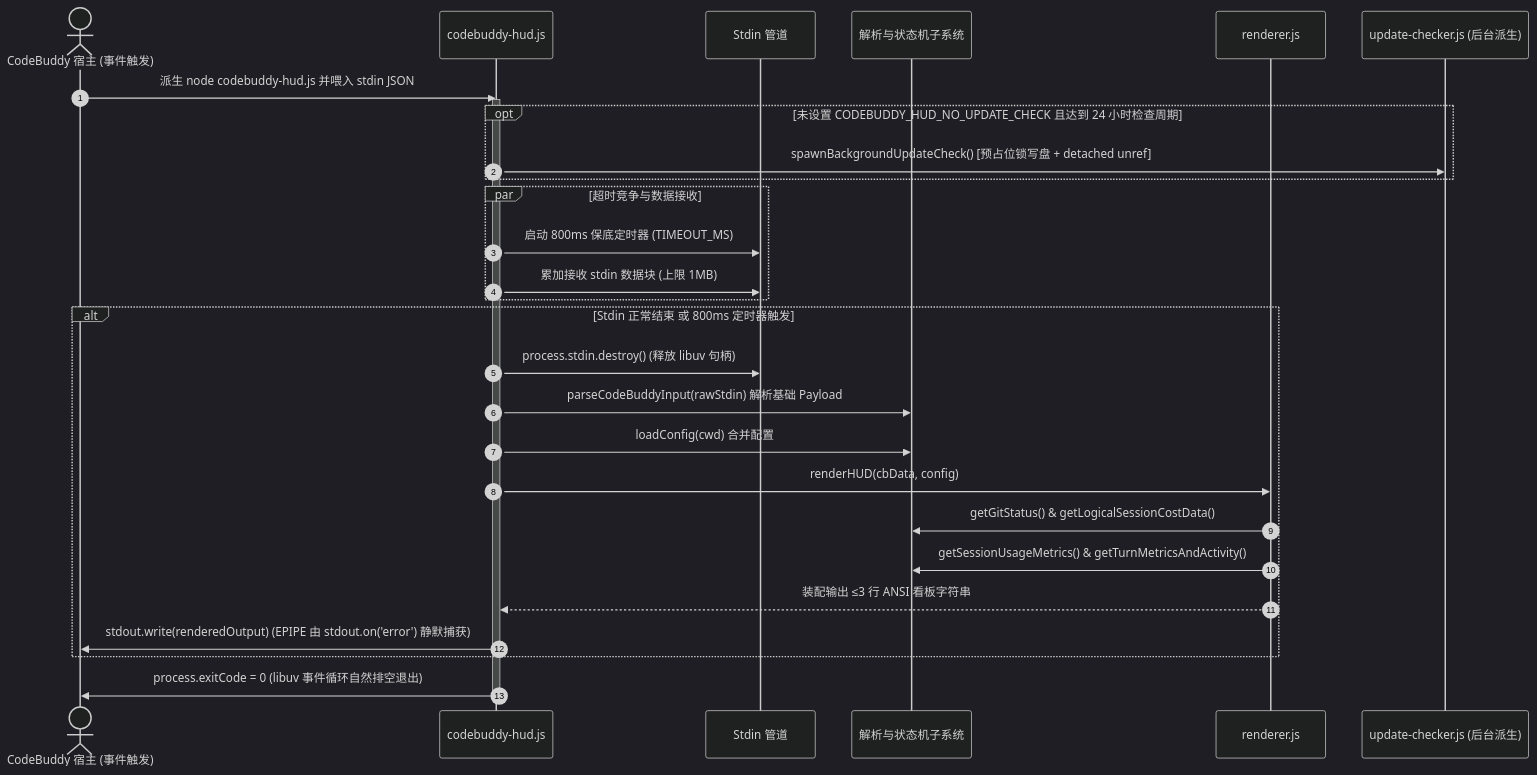
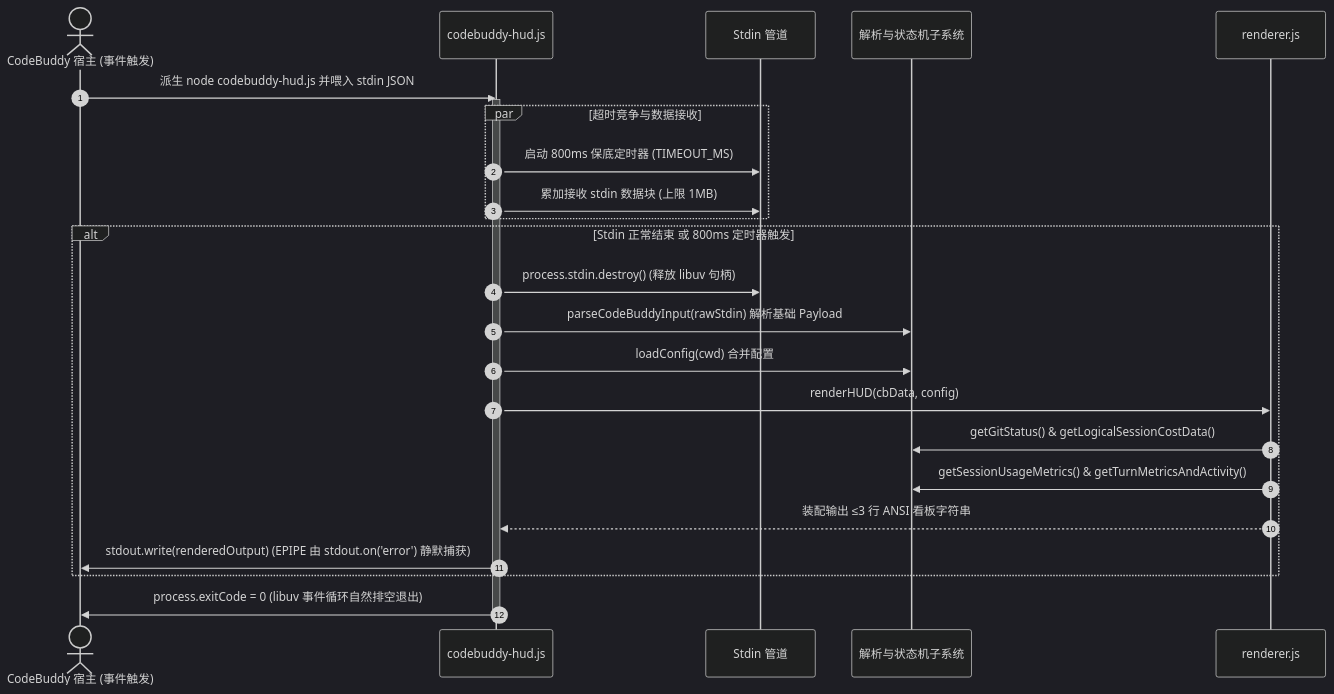
Before and after one commit to XisFool/codebuddy-hud: the second of 2 diagrams in docs/architecture_zh.md, drawn with Mermaid (dark theme). The commit also changed other lines of this file and 15 other files, not shown here.

````diff
--- a/docs/architecture_zh.md
+++ b/docs/architecture_zh.md
@@ -99,36 +97,31 @@
 ```mermaid
 sequenceDiagram
     autonumber
     actor Host as CodeBuddy 宿主 (事件触发)
     participant Entry as codebuddy-hud.js
     participant Stdin as Stdin 管道
     participant Engine as 解析与状态机子系统
     participant Renderer as renderer.js
-    participant Background as update-checker.js (后台派生)
 
     Host->>Entry: 派生 node codebuddy-hud.js 并喂入 stdin JSON
     activate Entry
     
-    opt 未设置 CODEBUDDY_HUD_NO_UPDATE_CHECK 且达到 24 小时检查周期
-        Entry->>Background: spawnBackgroundUpdateCheck() [预占位锁写盘 + detached unref]
-    end
-
     par 超时竞争与数据接收
         Entry->>Stdin: 启动 800ms 保底定时器 (TIMEOUT_MS)
         Entry->>Stdin: 累加接收 stdin 数据块 (上限 1MB)
     end
 
     alt Stdin 正常结束 或 800ms 定时器触发
         Entry->>Stdin: process.stdin.destroy() (释放 libuv 句柄)
         Entry->>Engine: parseCodeBuddyInput(rawStdin) 解析基础 Payload
         Entry->>Engine: loadConfig(cwd) 合并配置
         Entry->>Renderer: renderHUD(cbData, config)
         Renderer->>Engine: getGitStatus() & getLogicalSessionCostData()
         Renderer->>Engine: getSessionUsageMetrics() & getTurnMetricsAndActivity()
         Renderer-->>Entry: 装配输出 ≤3 行 ANSI 看板字符串
         Entry->>Host: stdout.write(renderedOutput) (EPIPE 由 stdout.on('error') 静默捕获)
     end
 
     Entry->>Host: process.exitCode = 0 (libuv 事件循环自然排空退出)
     deactivate Entry
 ```
````
